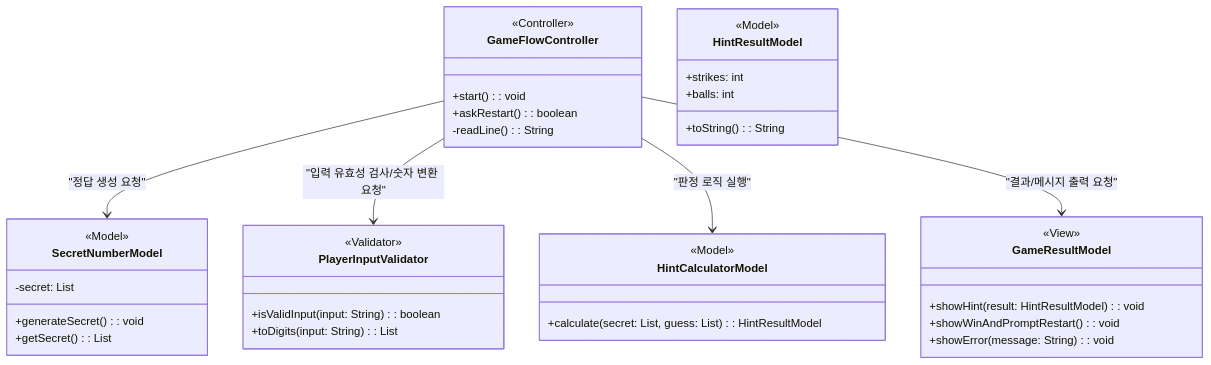
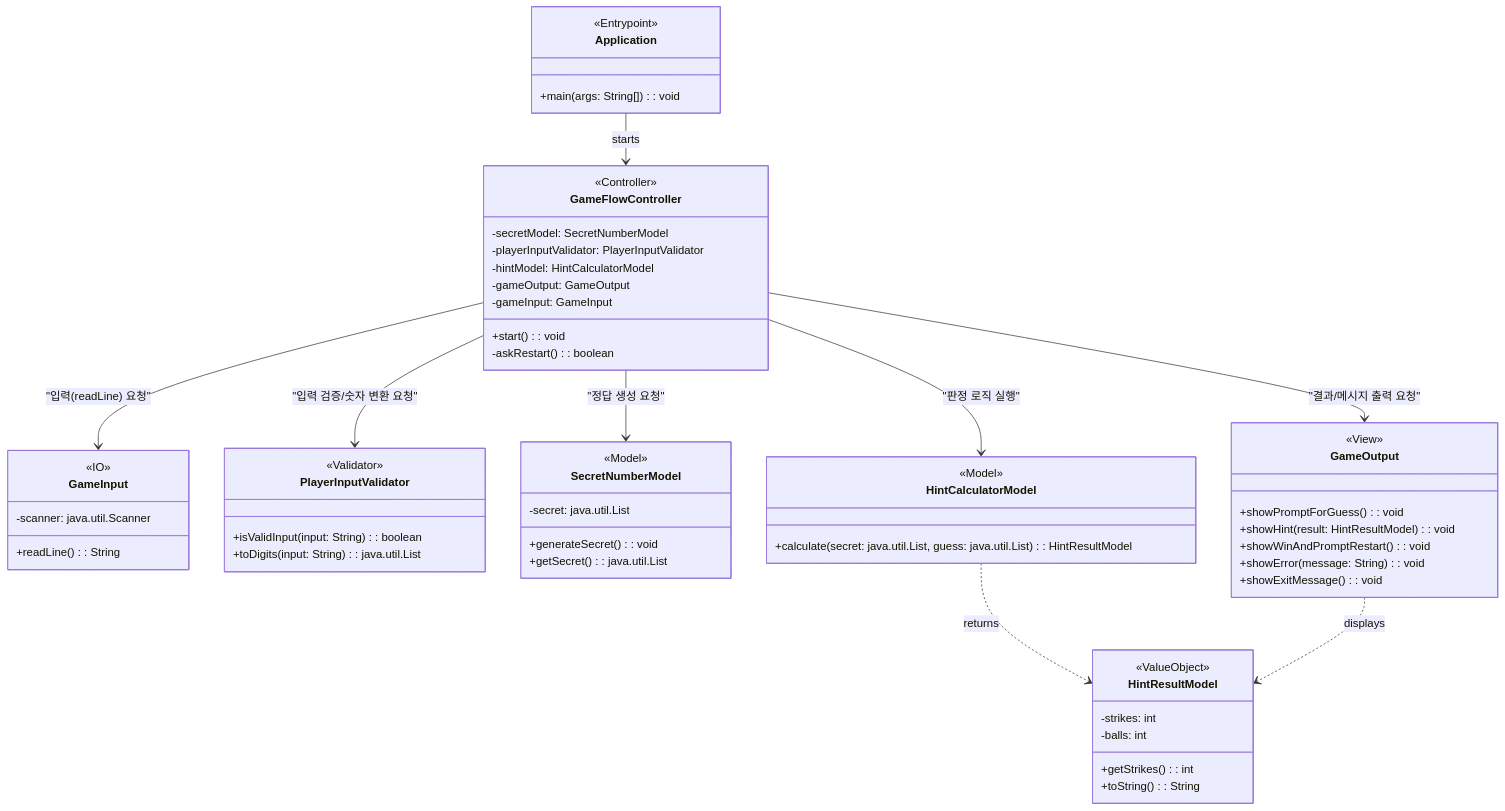
Before and after one commit to mirageoasis/java-baseball-precourse: the diagram in README.md, drawn with Mermaid.

Commit message:
docs: 문서 수정

````diff
--- a/README.md
+++ b/README.md
@@ -29,46 +29,68 @@
 ```mermaid
 classDiagram
+    class Application {
+        <<Entrypoint>>
+        +main(args: String[]): void
+    }
+
     class GameFlowController {
         <<Controller>>
+        -secretModel: SecretNumberModel
+        -playerInputValidator: PlayerInputValidator
+        -hintModel: HintCalculatorModel
+        -gameOutput: GameOutput
+        -gameInput: GameInput
         +start(): void
-        +askRestart(): boolean
-        -readLine(): String
+        -askRestart(): boolean
     }
 
-    class SecretNumberModel {
-        <<Model>>
-        -secret: List<Integer>
-        +generateSecret(): void
-        +getSecret(): List<Integer>
-    }
-
-    class HintCalculatorModel {
-        <<Model>>
-        +calculate(secret: List<Integer>, guess: List<Integer>): HintResultModel
+    class GameInput {
+        <<IO>>
+        -scanner: java.util.Scanner
+        +readLine(): String
     }
 
     class PlayerInputValidator {
         <<Validator>>
         +isValidInput(input: String): boolean
-        +toDigits(input: String): List<Integer>
+        +toDigits(input: String): java.util.List<Integer>
     }
 
-    class GameResultModel {
+    class SecretNumberModel {
+        <<Model>>
+        -secret: java.util.List<Integer>
+        +generateSecret(): void
+        +getSecret(): java.util.List<Integer>
+    }
+
+    class HintCalculatorModel {
+        <<Model>>
+        +calculate(secret: java.util.List<Integer>, guess: java.util.List<Integer>): HintResultModel
+    }
+
+    class HintResultModel {
+        <<ValueObject>>
+        -strikes: int
+        -balls: int
+        +getStrikes(): int
+        +toString(): String
+    }
+
+    class GameOutput {
         <<View>>
+        +showPromptForGuess(): void
         +showHint(result: HintResultModel): void
         +showWinAndPromptRestart(): void
         +showError(message: String): void
+        +showExitMessage(): void
     }
 
-    class HintResultModel {
-        <<Model>>
-        +strikes: int
-        +balls: int
-        +toString(): String
-    }
-
+    Application --> GameFlowController: starts
     GameFlowController --> SecretNumberModel: "정답 생성 요청"
-    GameFlowController --> PlayerInputValidator: "입력 유효성 검사/숫자 변환 요청"
+    GameFlowController --> PlayerInputValidator: "입력 검증/숫자 변환 요청"
     GameFlowController --> HintCalculatorModel: "판정 로직 실행"
-    GameFlowController --> GameResultModel: "결과/메시지 출력 요청"
+    GameFlowController --> GameOutput: "결과/메시지 출력 요청"
+    GameFlowController --> GameInput: "입력(readLine) 요청"
+    HintCalculatorModel ..> HintResultModel: returns
+    GameOutput ..> HintResultModel: displays
 ```
````
